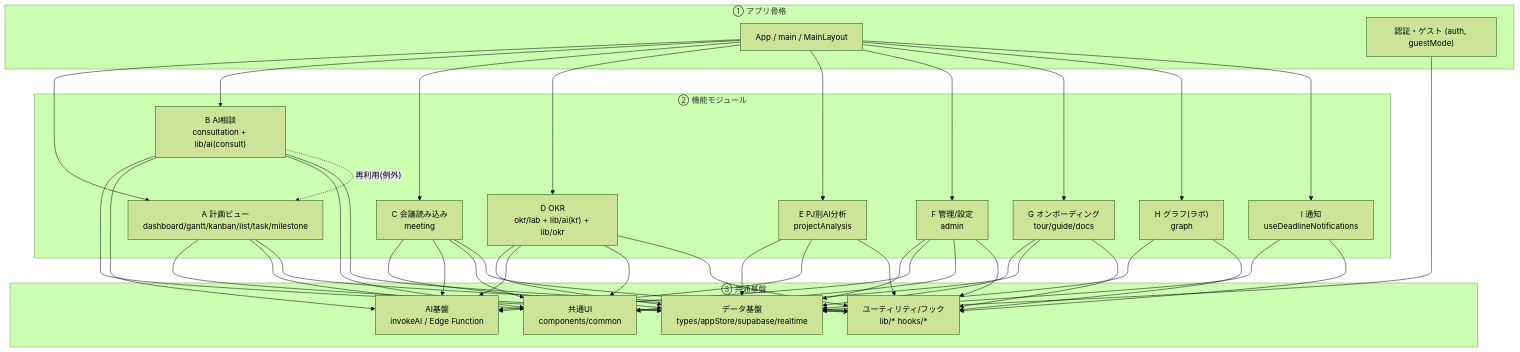
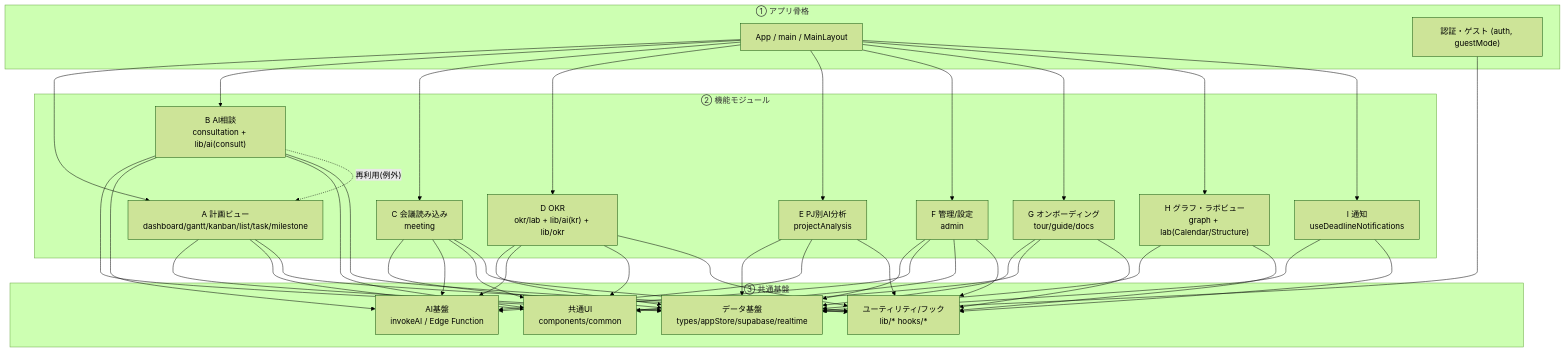
Before and after one commit to yyamamoto-sys/task_manage: the diagram in docs/dev/module-map.md, drawn with Mermaid (forest theme). The commit also changed other lines of this file and 1 other file, not shown here.

First line of the commit message:
docs: ラボ系ファイル（CalendarLabView/ProjectStructureView）を巡回台帳の対象に登録

````diff
--- a/docs/dev/module-map.md
+++ b/docs/dev/module-map.md
@@ -50,34 +53,34 @@
 ```mermaid
 flowchart TD
   subgraph SHELL["① アプリ骨格"]
     APP["App / main / MainLayout"]
     AUTH["認証・ゲスト (auth, guestMode)"]
   end
 
   subgraph FEAT["② 機能モジュール"]
     A["A 計画ビュー\ndashboard/gantt/kanban/list/task/milestone"]
     B["B AI相談\nconsultation + lib/ai(consult)"]
     C["C 会議読み込み\nmeeting"]
     D["D OKR\nokr/lab + lib/ai(kr) + lib/okr"]
     E["E PJ別AI分析\nprojectAnalysis"]
     F["F 管理/設定\nadmin"]
     G["G オンボーディング\ntour/guide/docs"]
-    H["H グラフ(ラボ)\ngraph"]
+    H["H グラフ・ラボビュー\ngraph + lab(Calendar/Structure)"]
     I["I 通知\nuseDeadlineNotifications"]
   end
 
   subgraph FOUND["③ 共通基盤"]
     DATA["データ基盤\ntypes/appStore/supabase/realtime"]
     AIGW["AI基盤\ninvokeAI / Edge Function"]
     UI["共通UI\ncomponents/common"]
     UTIL["ユーティリティ/フック\nlib/* hooks/*"]
   end
 
   APP --> A & B & C & D & E & F & G & H & I
   AUTH --> DATA
   A & B & C & D & E & F & G & H & I --> DATA
   B & C & D & E & F --> AIGW
   A & B & C & D & F & G --> UI
   A & B & C & D & E & F & G & H & I --> UTIL
   B -. 再利用(例外) .-> A
 ```
````
